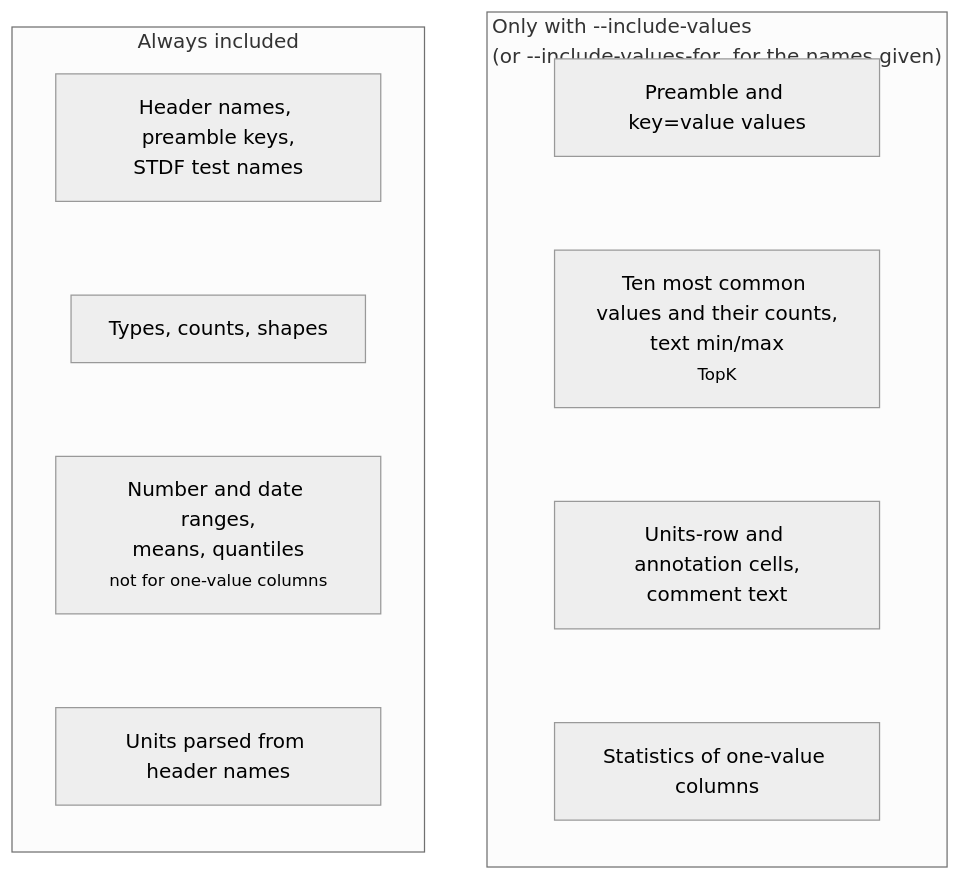
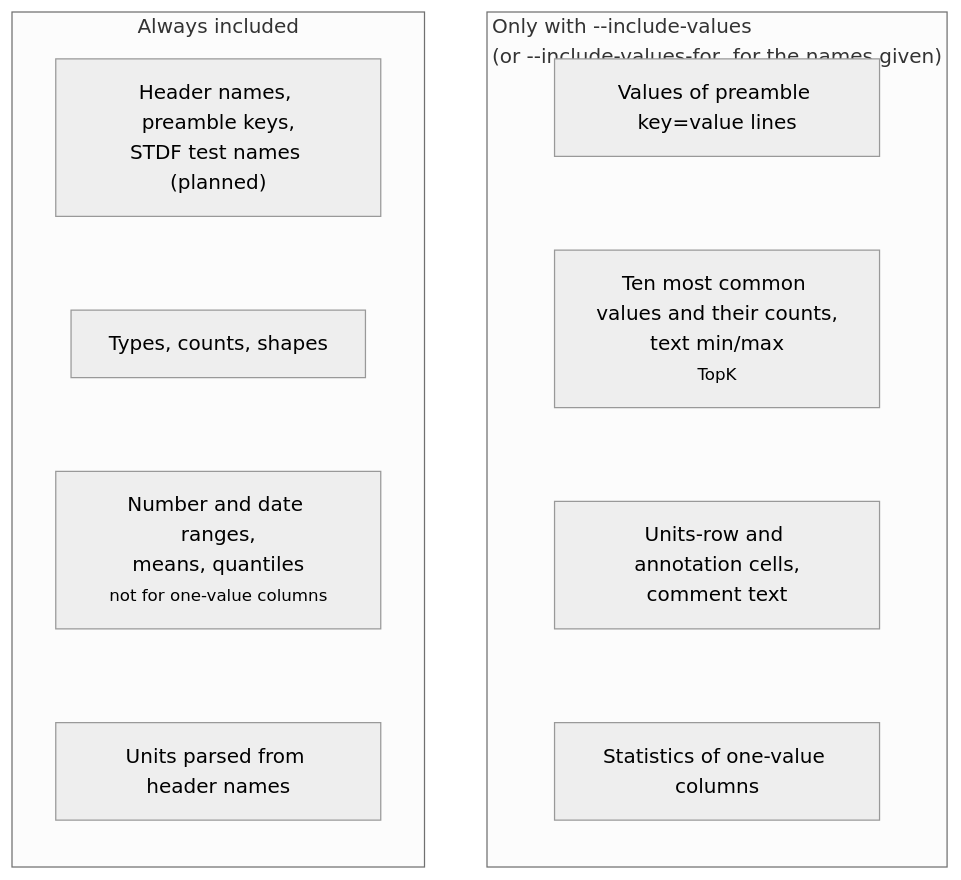
Diagram 19 of 32 in docs/how-it-works.md (squalor-xyz/squalify), drawn with Mermaid (neutral theme) before and after one commit. The commit also changed other lines of this file and 15 other files, not shown here.

````diff
--- a/docs/how-it-works.md
+++ b/docs/how-it-works.md
@@ -306,20 +306,20 @@
 ```mermaid
 flowchart LR
     subgraph always["Always included"]
         direction TB
-        A1["Header names, preamble keys,<br/>STDF test names"]
+        A1["Header names, preamble keys,<br/>STDF test names (planned)"]
         A2["Types, counts, shapes"]
         A3["Number and date ranges,<br/>means, quantiles<br/><small>not for one-value columns</small>"]
         A4["Units parsed from header names"]
         A1 ~~~ A2 ~~~ A3 ~~~ A4
     end
     subgraph optin["Only with --include-values<br/>(or --include-values-for, for the names given)"]
         direction TB
-        O1["Preamble and key=value values"]
+        O1["Values of preamble key=value lines"]
         O2["Ten most common values and their counts,<br/>text min/max<br/><small>TopK</small>"]
         O3["Units-row and annotation cells,<br/>comment text"]
         O4["Statistics of one-value columns"]
         O1 ~~~ O2 ~~~ O3 ~~~ O4
     end
     always ~~~ optin
 ```
````
